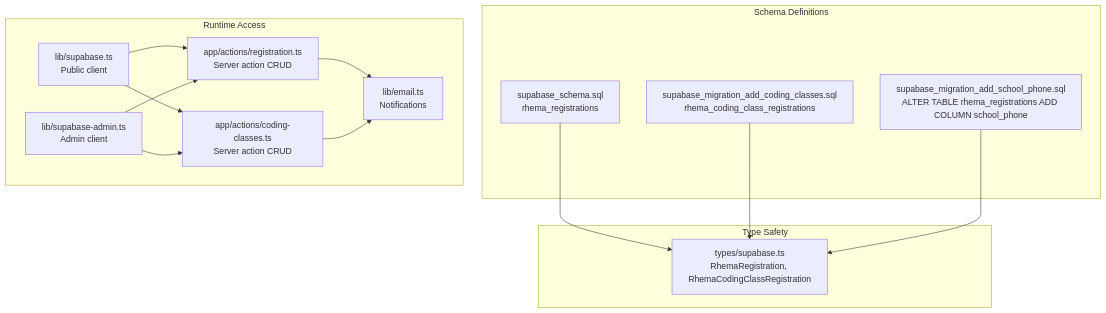
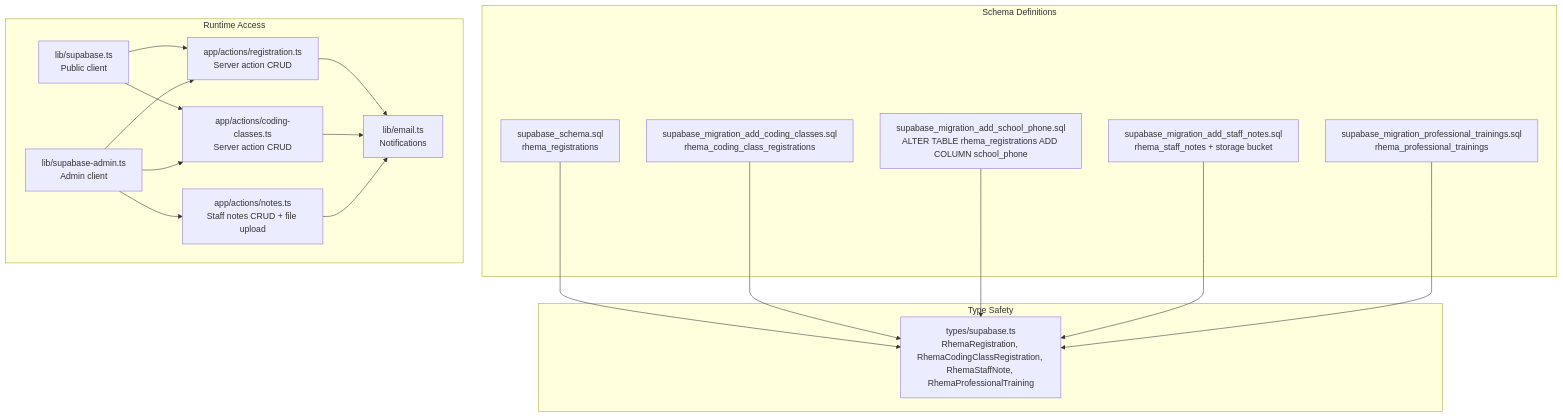
The first of 8 diagrams in .qoder/repowiki/en/content/Database Integration/Database Schema.md (Black-box01/rhemaexpertsolutions), drawn with Mermaid before and after one commit. The commit also changed other lines of this file and 31 other files, not shown here.

First line of the commit message:
feat(professional_trainings): add professional training registration table and admin features

````diff
--- a/.qoder/repowiki/en/content/Database Integration/Database Schema.md
+++ b/.qoder/repowiki/en/content/Database Integration/Database Schema.md
@@ -35,27 +46,34 @@
 ```mermaid
 graph TB
 subgraph "Schema Definitions"
 S1["supabase_schema.sql<br/>rhema_registrations"]
 S2["supabase_migration_add_coding_classes.sql<br/>rhema_coding_class_registrations"]
 S3["supabase_migration_add_school_phone.sql<br/>ALTER TABLE rhema_registrations ADD COLUMN school_phone"]
+S4["supabase_migration_add_staff_notes.sql<br/>rhema_staff_notes + storage bucket"]
+S5["supabase_migration_professional_trainings.sql<br/>rhema_professional_trainings"]
 end
 subgraph "Type Safety"
-T1["types/supabase.ts<br/>RhemaRegistration, RhemaCodingClassRegistration"]
+T1["types/supabase.ts<br/>RhemaRegistration, RhemaCodingClassRegistration, RhemaStaffNote, RhemaProfessionalTraining"]
 end
 subgraph "Runtime Access"
 C1["lib/supabase.ts<br/>Public client"]
 C2["lib/supabase-admin.ts<br/>Admin client"]
 A1["app/actions/registration.ts<br/>Server action CRUD"]
 A2["app/actions/coding-classes.ts<br/>Server action CRUD"]
+A3["app/actions/notes.ts<br/>Staff notes CRUD + file upload"]
 E1["lib/email.ts<br/>Notifications"]
 end
 S1 --> T1
 S2 --> T1
 S3 --> T1
+S4 --> T1
+S5 --> T1
 C1 --> A1
 C1 --> A2
 C2 --> A1
 C2 --> A2
+C2 --> A3
 A1 --> E1
 A2 --> E1
+A3 --> E1
 ```
````
